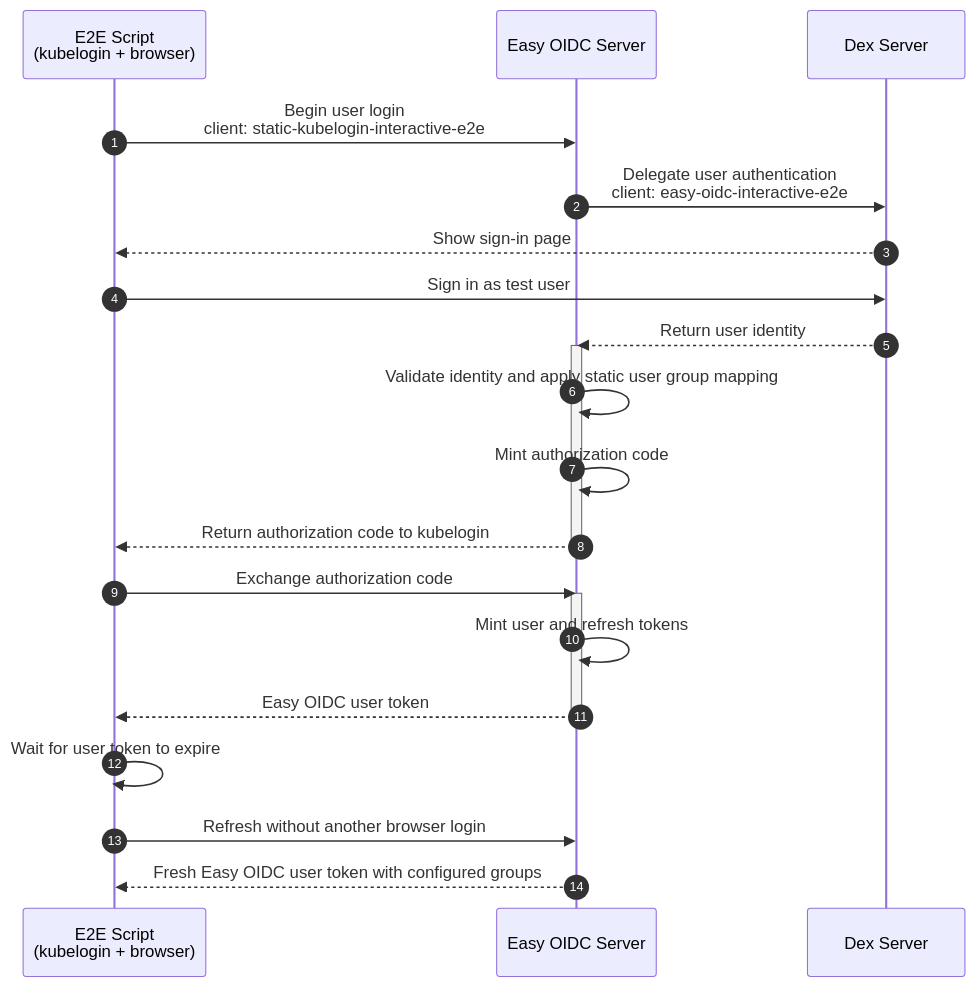
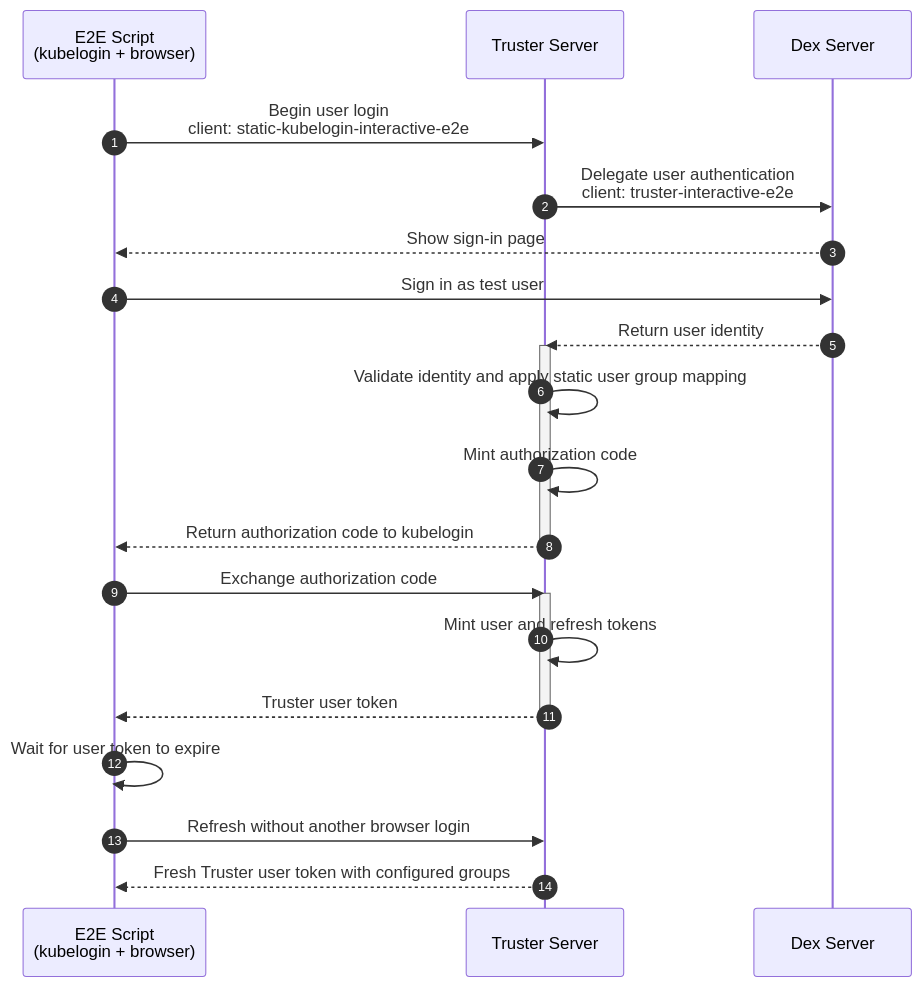
The second of 4 diagrams in scripts/e2e/README.md (easy-oidc/easy-oidc), drawn with Mermaid before and after one commit. The commit also changed other lines of this file and 276 other files, not shown here.

Commit message:
Rename Easy OIDC to Truster

````diff
--- a/scripts/e2e/README.md
+++ b/scripts/e2e/README.md
@@ -57,26 +57,26 @@
 ```mermaid
 sequenceDiagram
     autonumber
     participant Script as E2E Script<br/>(kubelogin + browser)
-    participant Easy as Easy OIDC Server
+    participant Truster as Truster Server
     participant Dex as Dex Server
 
-    Script->>Easy: Begin user login<br/>client: static-kubelogin-interactive-e2e
-    Easy->>Dex: Delegate user authentication<br/>client: easy-oidc-interactive-e2e
+    Script->>Truster: Begin user login<br/>client: static-kubelogin-interactive-e2e
+    Truster->>Dex: Delegate user authentication<br/>client: truster-interactive-e2e
     Dex-->>Script: Show sign-in page
     Script->>Dex: Sign in as test user
-    Dex-->>Easy: Return user identity
-    activate Easy
-    Easy->>Easy: Validate identity and apply static user group mapping
-    Easy->>Easy: Mint authorization code
-    Easy-->>Script: Return authorization code to kubelogin
-    deactivate Easy
-    Script->>Easy: Exchange authorization code
-    activate Easy
-    Easy->>Easy: Mint user and refresh tokens
-    Easy-->>Script: Easy OIDC user token
-    deactivate Easy
+    Dex-->>Truster: Return user identity
+    activate Truster
+    Truster->>Truster: Validate identity and apply static user group mapping
+    Truster->>Truster: Mint authorization code
+    Truster-->>Script: Return authorization code to kubelogin
+    deactivate Truster
+    Script->>Truster: Exchange authorization code
+    activate Truster
+    Truster->>Truster: Mint user and refresh tokens
+    Truster-->>Script: Truster user token
+    deactivate Truster
     Script->>Script: Wait for user token to expire
-    Script->>Easy: Refresh without another browser login
-    Easy-->>Script: Fresh Easy OIDC user token with configured groups
+    Script->>Truster: Refresh without another browser login
+    Truster-->>Script: Fresh Truster user token with configured groups
 ```
````
